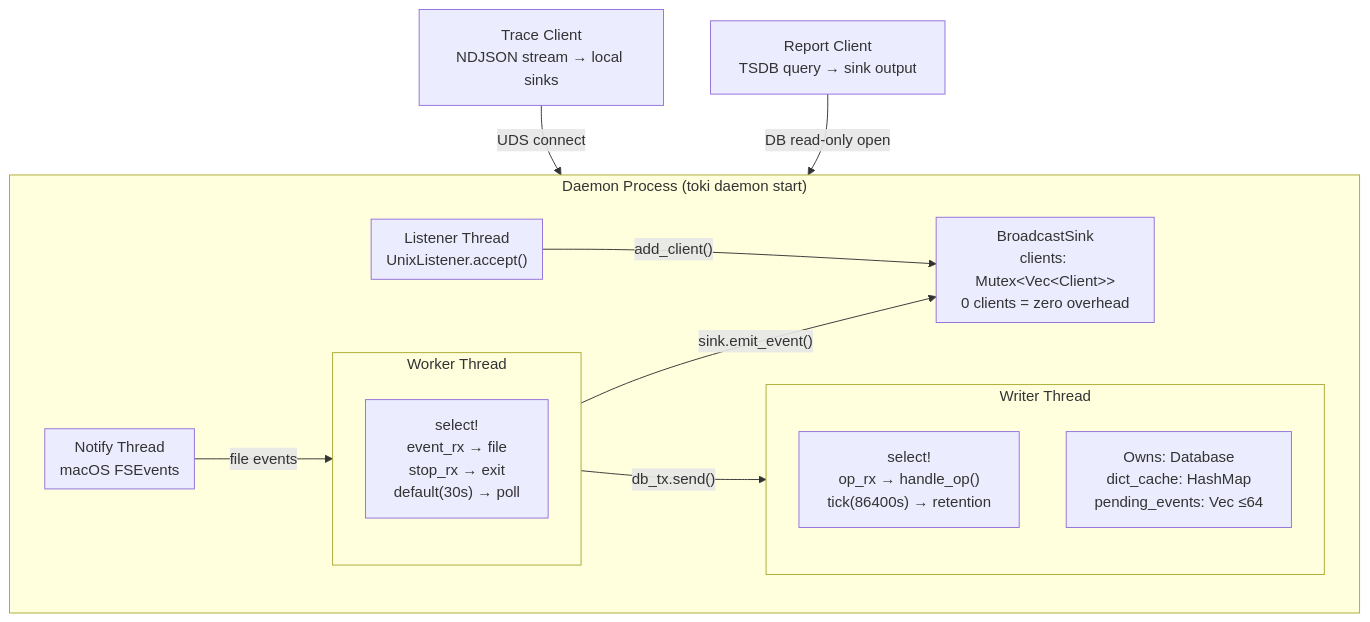
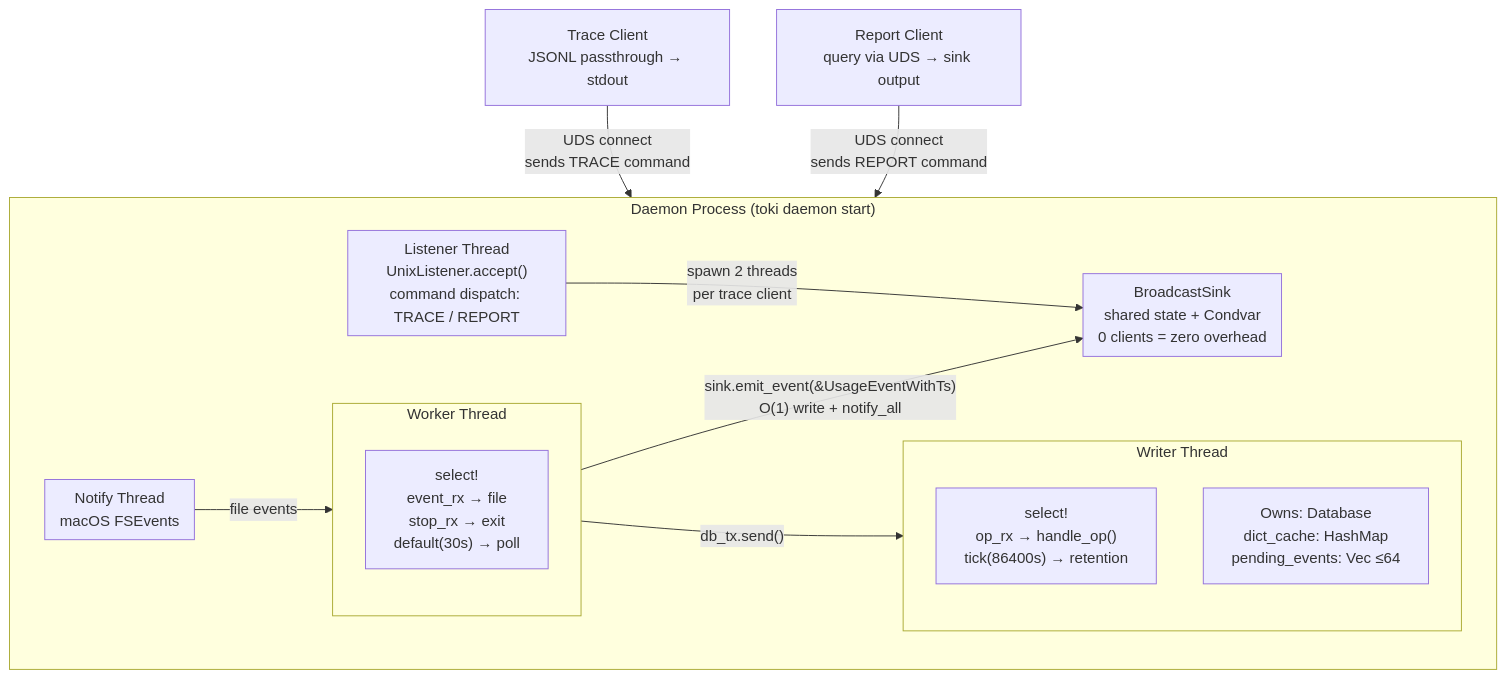
One commit to korjwl1/toki changed the diagram in docs/DESIGN.md. Above: the diagram before and after it, drawn with Mermaid. The commit also changed other lines of this file and 5 other files, not shown here.

First line of the commit message:
Update docs to match redesigned broadcast + trace architecture

````diff
--- a/docs/DESIGN.md
+++ b/docs/DESIGN.md
@@ -10,30 +10,30 @@
 ```mermaid
 graph TD
     subgraph Daemon["Daemon Process (toki daemon start)"]
         subgraph Worker["Worker Thread"]
             W_select["select!<br/>event_rx → file<br/>stop_rx → exit<br/>default(30s) → poll"]
         end
 
         subgraph Writer["Writer Thread"]
             Wr_select["select!<br/>op_rx → handle_op()<br/>tick(86400s) → retention"]
             Wr_db["Owns: Database<br/>dict_cache: HashMap<br/>pending_events: Vec ≤64"]
         end
 
         subgraph Notify["Notify Thread<br/>macOS FSEvents"]
         end
 
-        subgraph Broadcast["BroadcastSink<br/>clients: Mutex&lt;Vec&lt;Client&gt;&gt;<br/>0 clients = zero overhead"]
+        subgraph Broadcast["BroadcastSink<br/>shared state + Condvar<br/>0 clients = zero overhead"]
         end
 
-        subgraph Listener["Listener Thread<br/>UnixListener.accept()"]
+        subgraph Listener["Listener Thread<br/>UnixListener.accept()<br/>command dispatch: TRACE / REPORT"]
         end
     end
 
     Notify -->|"file events"| Worker
     Worker -->|"db_tx.send()"| Writer
-    Worker -->|"sink.emit_event()"| Broadcast
-    Listener -->|"add_client()"| Broadcast
+    Worker -->|"sink.emit_event(&amp;UsageEventWithTs)<br/>O(1) write + notify_all"| Broadcast
+    Listener -->|"spawn 2 threads<br/>per trace client"| Broadcast
 
-    TraceClient["Trace Client<br/>NDJSON stream → local sinks"] -->|"UDS connect"| Daemon
-    ReportClient["Report Client<br/>TSDB query → sink output"] -->|"DB read-only open"| Daemon
+    TraceClient["Trace Client<br/>JSONL passthrough → stdout"] -->|"UDS connect<br/>sends TRACE command"| Daemon
+    ReportClient["Report Client<br/>query via UDS → sink output"] -->|"UDS connect<br/>sends REPORT command"| Daemon
 ```
````
